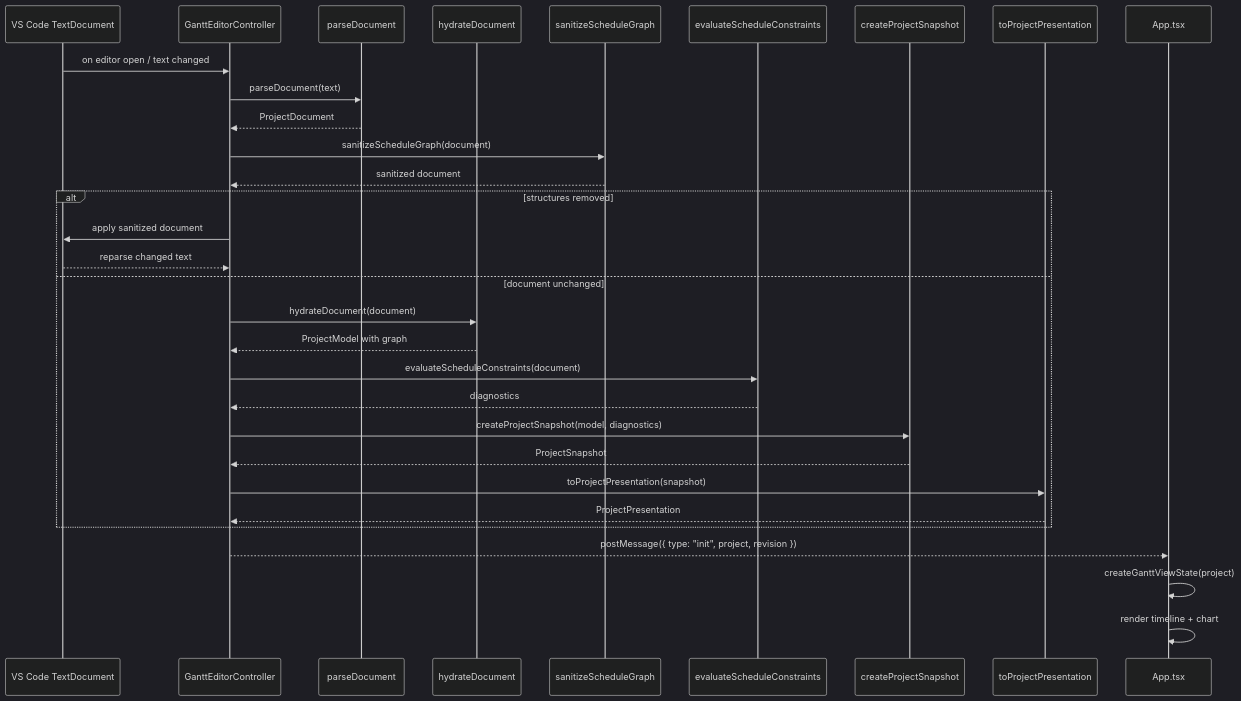
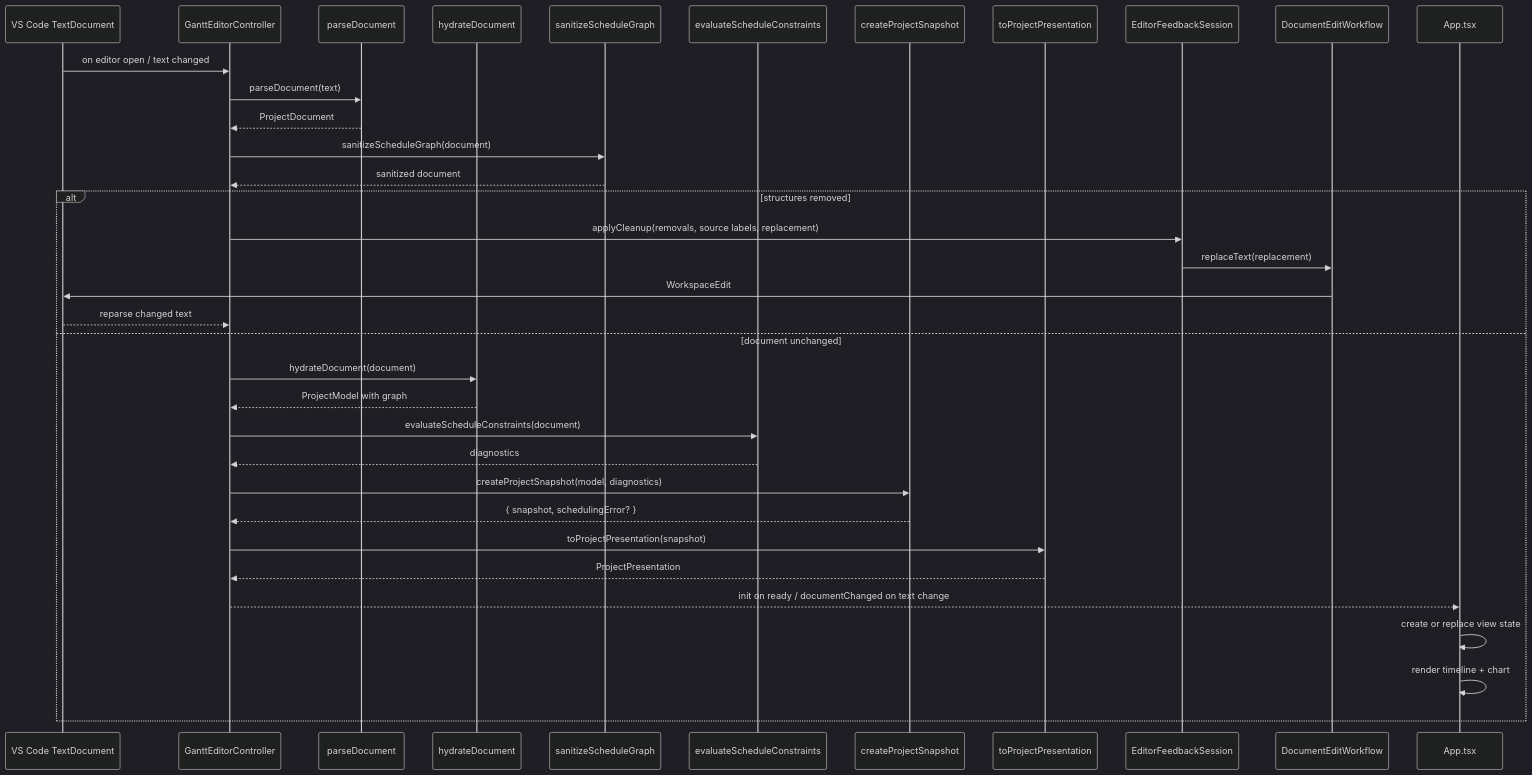
One commit to sergehas/ganttee changed the fourth of 7 diagrams in docs/documentation/gantt-model-hydration.md. Above: the diagram before and after it, drawn with Mermaid (dark theme). The commit also changed other lines of this file and 5 other files, not shown here.

First line of the commit message:
refactor(editor): extract feedback and document edit workflows

````diff
--- a/docs/documentation/gantt-model-hydration.md
+++ b/docs/documentation/gantt-model-hydration.md
@@ -120,34 +164,38 @@
 ```mermaid
 sequenceDiagram
     participant VSC as VS Code TextDocument
     participant Ctrl as GanttEditorController
     participant Parse as parseDocument
     participant Hydrate as hydrateDocument
     participant Sanitize as sanitizeScheduleGraph
     participant Eval as evaluateScheduleConstraints
     participant Snapshot as createProjectSnapshot
     participant Present as toProjectPresentation
+    participant Feedback as EditorFeedbackSession
+    participant Edit as DocumentEditWorkflow
     participant App as App.tsx
 
     VSC->>Ctrl: on editor open / text changed
     Ctrl->>Parse: parseDocument(text)
     Parse-->>Ctrl: ProjectDocument
     Ctrl->>Sanitize: sanitizeScheduleGraph(document)
     Sanitize-->>Ctrl: sanitized document
     alt structures removed
-        Ctrl->>VSC: apply sanitized document
+        Ctrl->>Feedback: applyCleanup(removals, source labels, replacement)
+        Feedback->>Edit: replaceText(replacement)
+        Edit->>VSC: WorkspaceEdit
         VSC-->>Ctrl: reparse changed text
     else document unchanged
         Ctrl->>Hydrate: hydrateDocument(document)
         Hydrate-->>Ctrl: ProjectModel with graph
         Ctrl->>Eval: evaluateScheduleConstraints(document)
         Eval-->>Ctrl: diagnostics
         Ctrl->>Snapshot: createProjectSnapshot(model, diagnostics)
-        Snapshot-->>Ctrl: ProjectSnapshot
+        Snapshot-->>Ctrl: { snapshot, schedulingError? }
         Ctrl->>Present: toProjectPresentation(snapshot)
         Present-->>Ctrl: ProjectPresentation
+        Ctrl-->>App: init on ready / documentChanged on text change
+        App->>App: create or replace view state
+        App->>App: render timeline + chart
     end
-    Ctrl-->>App: postMessage({ type: "init", project, revision })
-    App->>App: createGanttViewState(project)
-    App->>App: render timeline + chart
 ```
````
